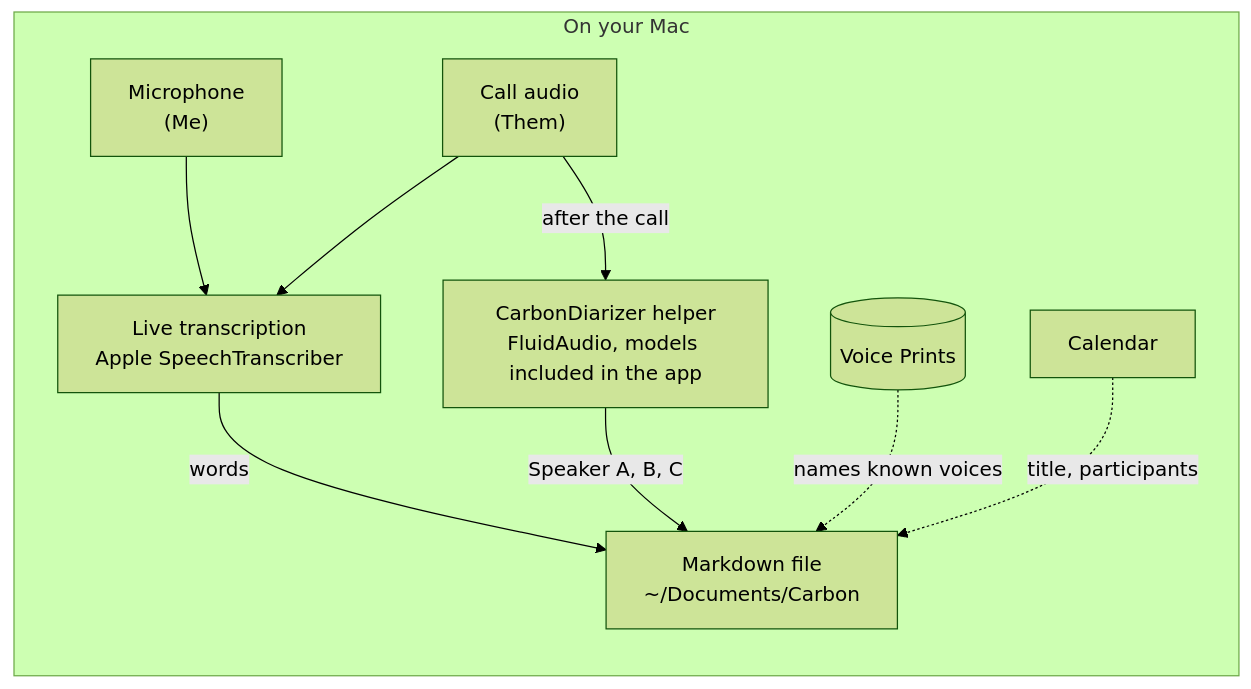
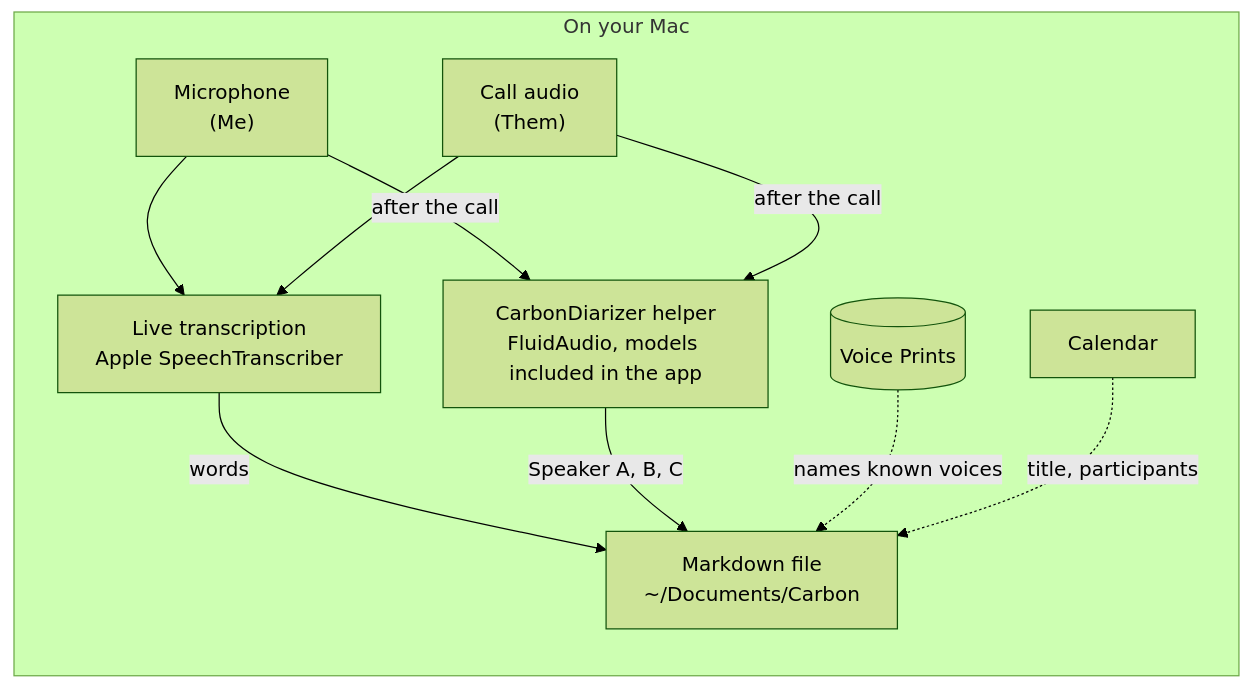
One commit to AlexDemzz/carbon changed the diagram in README.md. Above: the diagram before and after it, drawn with Mermaid (forest theme). The commit also changed other lines of this file and 15 other files, not shown here.

````diff
--- a/README.md
+++ b/README.md
@@ -25,19 +25,20 @@
 ```mermaid
 flowchart LR
     subgraph mac["On your Mac"]
         mic["Microphone<br/>(Me)"]
         them["Call audio<br/>(Them)"]
         stt["Live transcription<br/>Apple SpeechTranscriber"]
         diar["CarbonDiarizer helper<br/>FluidAudio, models included in the app"]
         prints[("Voice Prints")]
         cal["Calendar"]
         file["Markdown file<br/>~/Documents/Carbon"]
     end
     mic --> stt
     them --> stt
+    mic -- "after the call" --> diar
     them -- "after the call" --> diar
     stt -- "words" --> file
     diar -- "Speaker A, B, C" --> file
     prints -. "names known voices" .-> file
     cal -. "title, participants" .-> file
 ```
````
